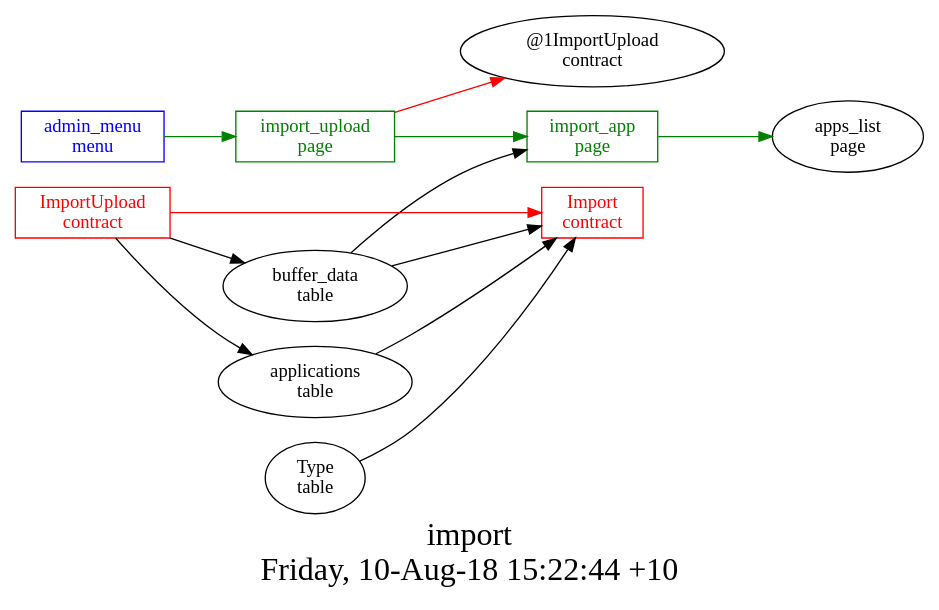
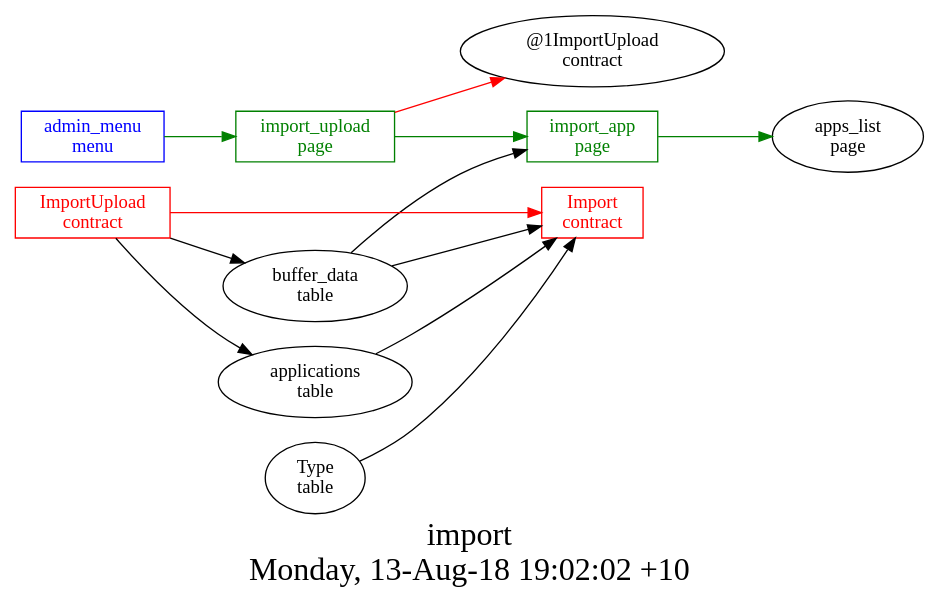
Before and after one commit to AplaProject/apps: the diagram in src/import/struct.dot, drawn with Graphviz. The commit also changed 8 other files, not shown here.

```diff
--- a/src/import/struct.dot
+++ b/src/import/struct.dot
@@ -1,24 +1,24 @@
 digraph G {
 fontsize="24";
-label="import\nFriday, 10-Aug-18 15:22:44 +10";
+label="import\nMonday, 13-Aug-18 19:02:02 +10";
 nojustify=true;
 ordering=out;
 rankdir=LR;
 size="30";
 "admin_menu\nmenu" -> "import_upload\npage"  [ color=green ]
 "admin_menu\nmenu" [color=blue, fontcolor=blue, group=menus, shape=record];
 "buffer_data\ntable" -> "import_app\npage"
 "import_app\npage" -> "apps_list\npage"  [ color=green ]
 "import_app\npage" [color=green, fontcolor=green, group=pages, shape=record];
 "import_upload\npage" -> "@1ImportUpload\ncontract"  [ color=red ]
 "import_upload\npage" -> "import_app\npage"  [ color=green ]
 "import_upload\npage" [color=green, fontcolor=green, group=pages, shape=record];
 "buffer_data\ntable" -> "Import\ncontract"
 "applications\ntable" -> "Import\ncontract"
 "Type\ntable" -> "Import\ncontract"
 "Import\ncontract" [color=red, fontcolor=red, group=contracts, shape=record];
 "ImportUpload\ncontract" -> "Import\ncontract"  [ color=red ]
 "ImportUpload\ncontract" -> "buffer_data\ntable"  [ color="" ]
 "ImportUpload\ncontract" -> "applications\ntable"  [ color="" ]
 "ImportUpload\ncontract" [color=red, fontcolor=red, group=contracts, shape=record];
 }
```
